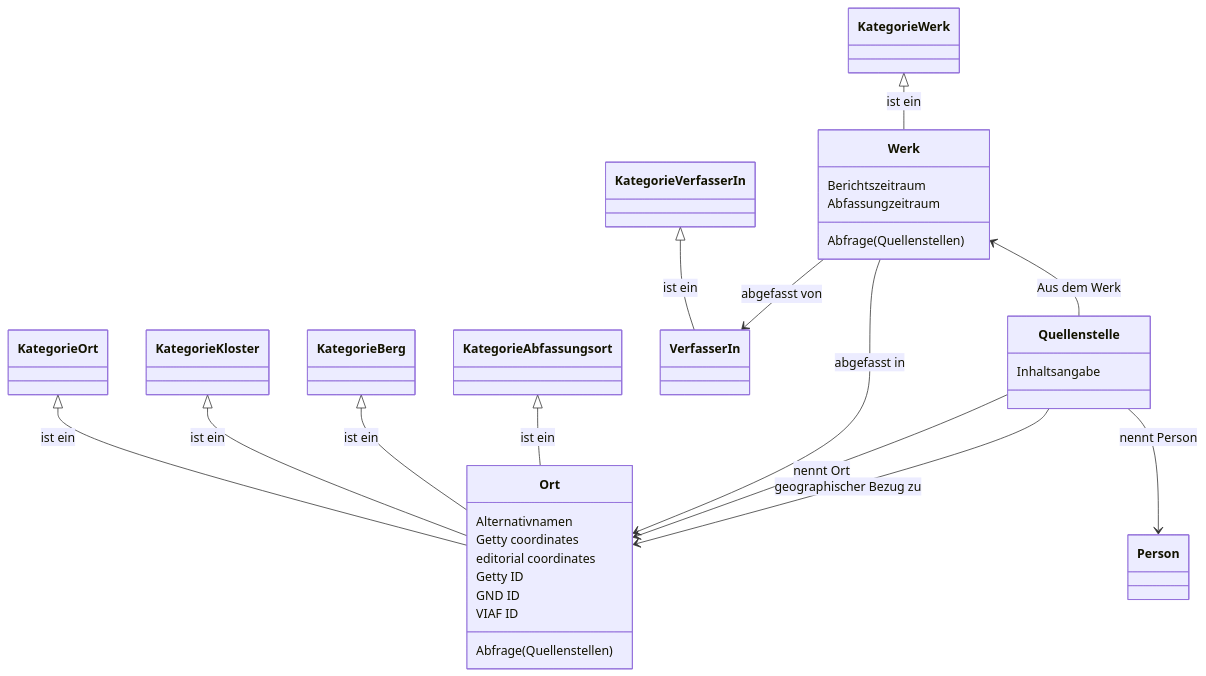
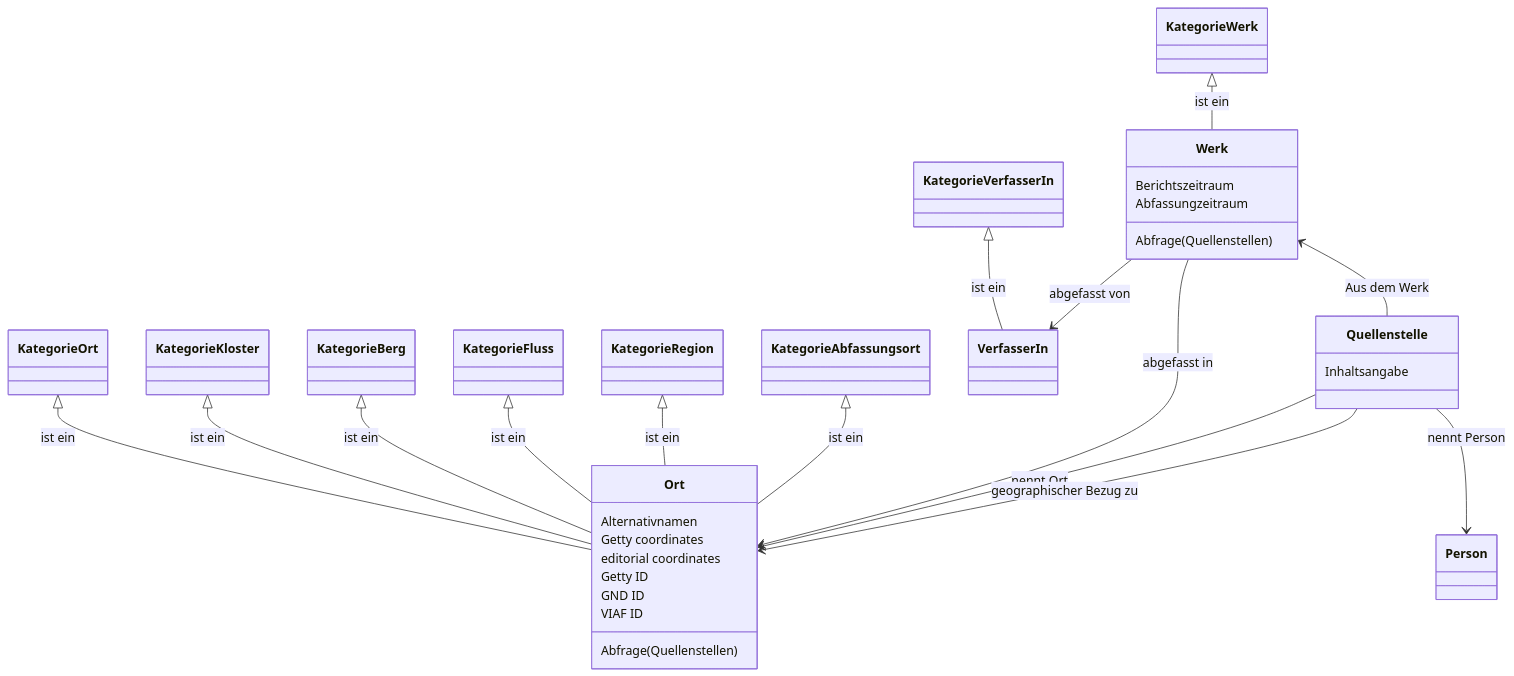
One commit to cceh/sarazenen-wiki changed the diagram in datenmodell/Readme.MD. Above: the diagram before and after it, drawn with Mermaid.

````diff
--- a/datenmodell/Readme.MD
+++ b/datenmodell/Readme.MD
@@ -1,52 +1,58 @@
 ```mermaid
 
 classDiagram
 
     class KategorieWerk
     KategorieWerk <|-- Werk : ist ein 
     
     class KategorieOrt
     KategorieOrt <|-- Ort : ist ein 
     
     class KategorieKloster
     KategorieKloster <|-- Ort : ist ein 
     
     class KategorieBerg
     KategorieBerg <|-- Ort : ist ein 
+    
+    class KategorieFluss
+    KategorieFluss <|-- Ort : ist ein 
+    
+    class KategorieRegion
+    KategorieRegion <|-- Ort : ist ein
     
     class KategorieAbfassungsort
     KategorieAbfassungsort <|-- Ort : ist ein 
     
     class KategorieVerfasserIn
     KategorieVerfasserIn <|-- VerfasserIn : ist ein 
 
     class Werk
     Werk: Berichtszeitraum 
     Werk: Abfassungzeitraum
     Werk <-- Quellenstelle : Aus dem Werk
     Werk --> VerfasserIn : abgefasst von
     Werk --> Ort : abgefasst in
     Werk: Abfrage(Quellenstellen)
     
     class VerfasserIn
 
     class Quellenstelle
     Quellenstelle: Inhaltsangabe
     Quellenstelle --> Person : nennt Person
     Quellenstelle --> Ort : nennt Ort  
     Quellenstelle --> Ort : geographischer Bezug zu 
 
     class Person
 
     class Ort
     Ort: Alternativnamen
     Ort: Getty coordinates
     Ort: editorial coordinates
     Ort: Getty ID
     Ort: GND ID
     Ort: VIAF ID
     Ort: Abfrage(Quellenstellen)
     
 end
 
 ```
````
